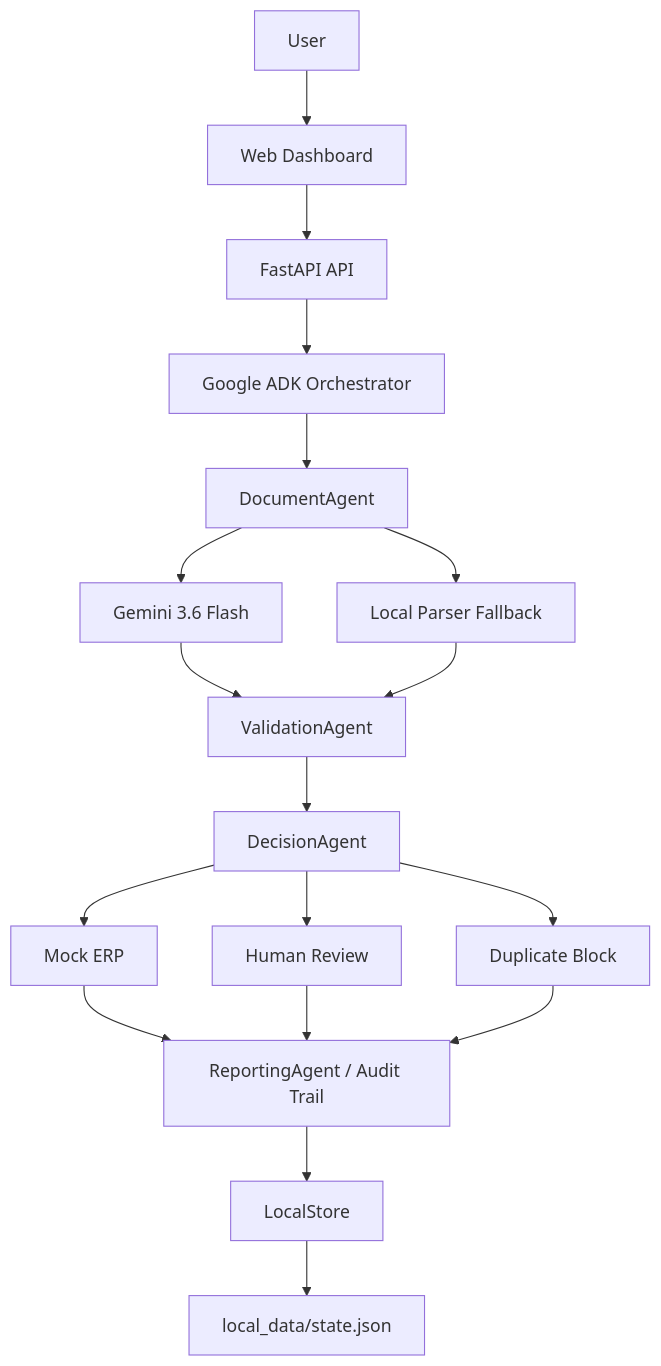
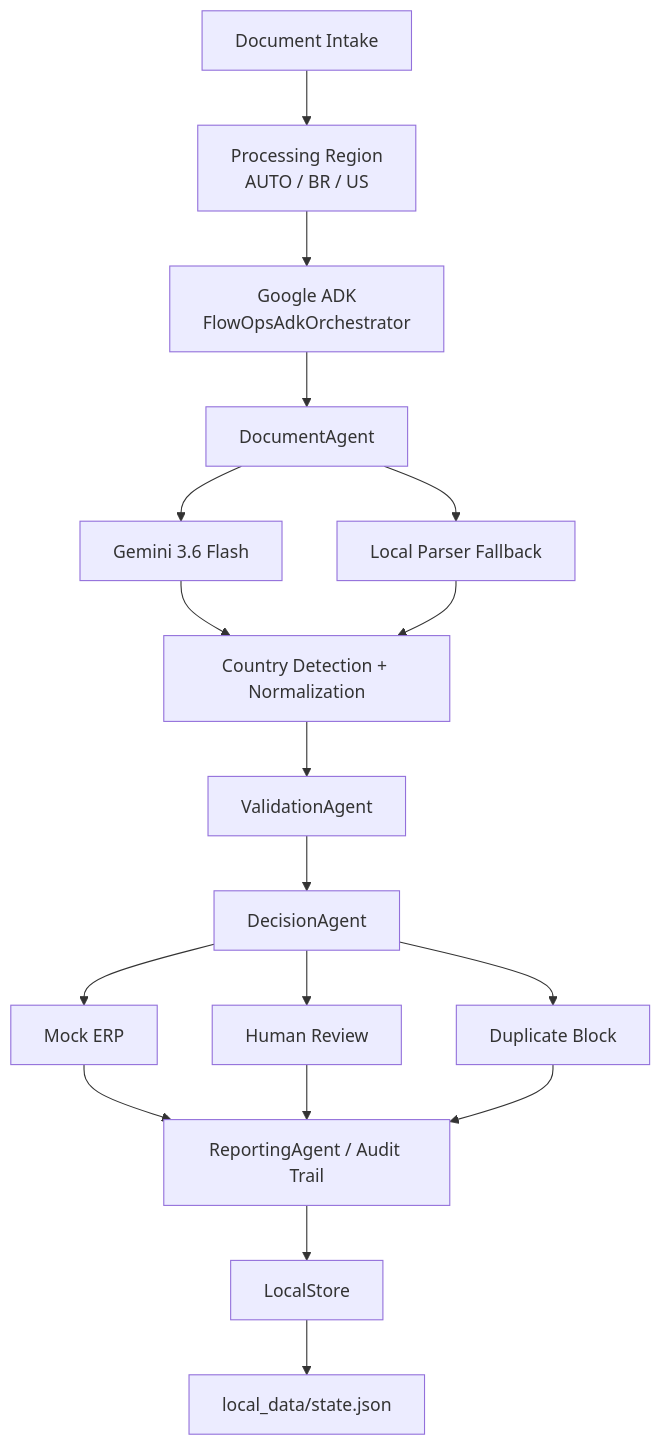
Before and after one commit to kakaroto2025/flowops-ai: the diagram in README.md, drawn with Mermaid. The commit also changed other lines of this file, not shown here.

Commit message:
Update README for multi-country document intelligence

````diff
--- a/README.md
+++ b/README.md
@@ -71,20 +227,20 @@
 ```mermaid
 flowchart TD
-    User[User] --> Web[Web Dashboard]
-    Web --> API[FastAPI API]
-    API --> ADK[Google ADK Orchestrator]
+    Intake[Document Intake] --> Region[Processing Region<br/>AUTO / BR / US]
+    Region --> ADK[Google ADK<br/>FlowOpsAdkOrchestrator]
     ADK --> Doc[DocumentAgent]
     Doc --> Gemini[Gemini 3.6 Flash]
     Doc --> Fallback[Local Parser Fallback]
-    Gemini --> Val[ValidationAgent]
-    Fallback --> Val
-    Val --> Decision[DecisionAgent]
+    Gemini --> Normalize[Country Detection + Normalization]
+    Fallback --> Normalize
+    Normalize --> Validation[ValidationAgent]
+    Validation --> Decision[DecisionAgent]
     Decision --> ERP[Mock ERP]
     Decision --> Review[Human Review]
-    Decision --> Dup[Duplicate Block]
+    Decision --> Duplicate[Duplicate Block]
     ERP --> Reporting[ReportingAgent / Audit Trail]
     Review --> Reporting
-    Dup --> Reporting
+    Duplicate --> Reporting
     Reporting --> Store[LocalStore]
     Store --> State[local_data/state.json]
 ```
````
